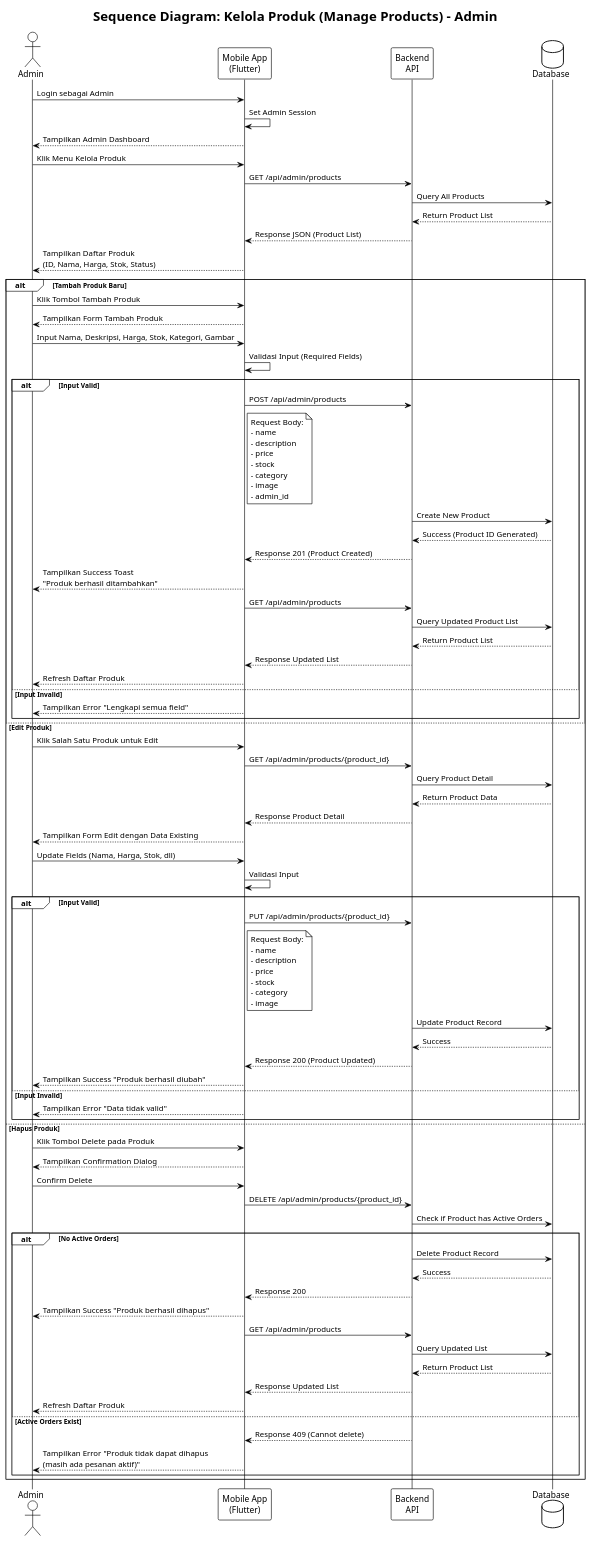
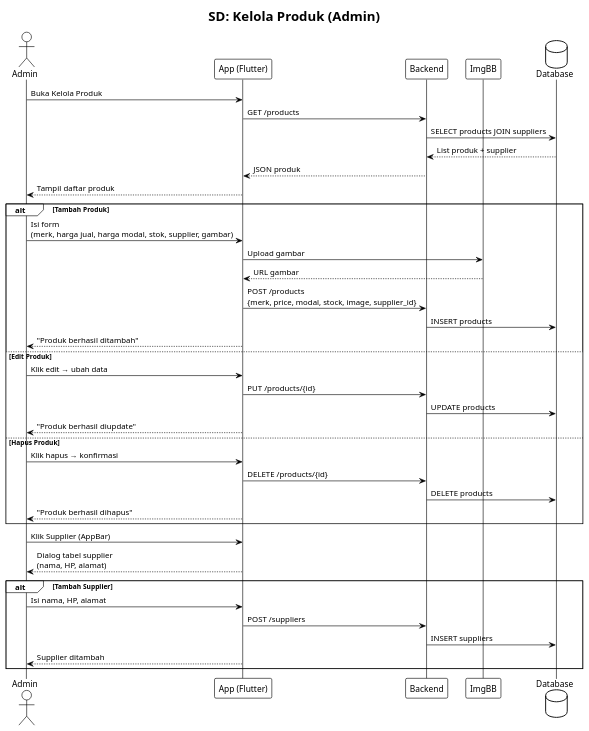
Before and after one commit to IlhamMaulana13/Project3-SitemApkOrderGalon: the diagram in diagrams/07_kelola_produk_sequence.puml, drawn with PlantUML. The commit also changed 47 other files, not shown here.

First line of the commit message:
feat(diagrams): add activity and class diagrams for kasir and backend structures

```diff
--- a/diagrams/07_kelola_produk_sequence.puml
+++ b/diagrams/07_kelola_produk_sequence.puml
@@ -1,108 +1,48 @@
 @startuml Kelola_Produk
 !theme plain
-title Sequence Diagram: Kelola Produk (Manage Products) - Admin
+title SD: Kelola Produk (Admin)
 actor Admin
-participant "Mobile App\n(Flutter)" as App
-participant "Backend\nAPI" as API
+participant "App (Flutter)" as App
+participant "Backend" as API
+participant "ImgBB" as ImgBB
 database "Database" as DB
 
-Admin -> App: Login sebagai Admin
-App -> App: Set Admin Session
-App --> Admin: Tampilkan Admin Dashboard
+Admin -> App: Buka Kelola Produk
+App -> API: GET /products
+API -> DB: SELECT products JOIN suppliers
+DB --> API: List produk + supplier
+API --> App: JSON produk
+App --> Admin: Tampil daftar produk
 
-Admin -> App: Klik Menu Kelola Produk
-App -> API: GET /api/admin/products
-API -> DB: Query All Products
-DB --> API: Return Product List
-API --> App: Response JSON (Product List)
-App --> Admin: Tampilkan Daftar Produk\n(ID, Nama, Harga, Stok, Status)
-
-alt Tambah Produk Baru
-    Admin -> App: Klik Tombol Tambah Produk
-    App --> Admin: Tampilkan Form Tambah Produk
-
-    Admin -> App: Input Nama, Deskripsi, Harga, Stok, Kategori, Gambar
-    App -> App: Validasi Input (Required Fields)
-
-    alt Input Valid
-        App -> API: POST /api/admin/products
-        note right of App
-            Request Body:
-            - name
-            - description
-            - price
-            - stock
-            - category
-            - image
-            - admin_id
-        end note
-
-        API -> DB: Create New Product
-        DB --> API: Success (Product ID Generated)
-        API --> App: Response 201 (Product Created)
-        App --> Admin: Tampilkan Success Toast\n"Produk berhasil ditambahkan"
-        App -> API: GET /api/admin/products
-        API -> DB: Query Updated Product List
-        DB --> API: Return Product List
-        API --> App: Response Updated List
-        App --> Admin: Refresh Daftar Produk
-    else Input Invalid
-        App --> Admin: Tampilkan Error "Lengkapi semua field"
-    end
+alt Tambah Produk
+    Admin -> App: Isi form\n(merk, harga jual, harga modal, stok, supplier, gambar)
+    App -> ImgBB: Upload gambar
+    ImgBB --> App: URL gambar
+    App -> API: POST /products\n{merk, price, modal, stock, image, supplier_id}
+    API -> DB: INSERT products
+    App --> Admin: "Produk berhasil ditambah"
 
 else Edit Produk
-    Admin -> App: Klik Salah Satu Produk untuk Edit
-    App -> API: GET /api/admin/products/{product_id}
-    API -> DB: Query Product Detail
-    DB --> API: Return Product Data
-    API --> App: Response Product Detail
-    App --> Admin: Tampilkan Form Edit dengan Data Existing
-
-    Admin -> App: Update Fields (Nama, Harga, Stok, dll)
-    App -> App: Validasi Input
-
-    alt Input Valid
-        App -> API: PUT /api/admin/products/{product_id}
-        note right of App
-            Request Body:
-            - name
-            - description
-            - price
-            - stock
-            - category
-            - image
-        end note
-
-        API -> DB: Update Product Record
-        DB --> API: Success
-        API --> App: Response 200 (Product Updated)
-        App --> Admin: Tampilkan Success "Produk berhasil diubah"
-    else Input Invalid
-        App --> Admin: Tampilkan Error "Data tidak valid"
-    end
+    Admin -> App: Klik edit → ubah data
+    App -> API: PUT /products/{id}
+    API -> DB: UPDATE products
+    App --> Admin: "Produk berhasil diupdate"
 
 else Hapus Produk
-    Admin -> App: Klik Tombol Delete pada Produk
-    App --> Admin: Tampilkan Confirmation Dialog
+    Admin -> App: Klik hapus → konfirmasi
+    App -> API: DELETE /products/{id}
+    API -> DB: DELETE products
+    App --> Admin: "Produk berhasil dihapus"
+end
 
-    Admin -> App: Confirm Delete
-    App -> API: DELETE /api/admin/products/{product_id}
+Admin -> App: Klik Supplier (AppBar)
+App --> Admin: Dialog tabel supplier\n(nama, HP, alamat)
 
-    API -> DB: Check if Product has Active Orders
-    alt No Active Orders
-        API -> DB: Delete Product Record
-        DB --> API: Success
-        API --> App: Response 200
-        App --> Admin: Tampilkan Success "Produk berhasil dihapus"
-        App -> API: GET /api/admin/products
-        API -> DB: Query Updated List
-        DB --> API: Return Product List
-        API --> App: Response Updated List
-        App --> Admin: Refresh Daftar Produk
-    else Active Orders Exist
-        API --> App: Response 409 (Cannot delete)
-        App --> Admin: Tampilkan Error "Produk tidak dapat dihapus\n(masih ada pesanan aktif)"
-    end
+alt Tambah Supplier
+    Admin -> App: Isi nama, HP, alamat
+    App -> API: POST /suppliers
+    API -> DB: INSERT suppliers
+    App --> Admin: Supplier ditambah
 end
 
 @enduml
```
